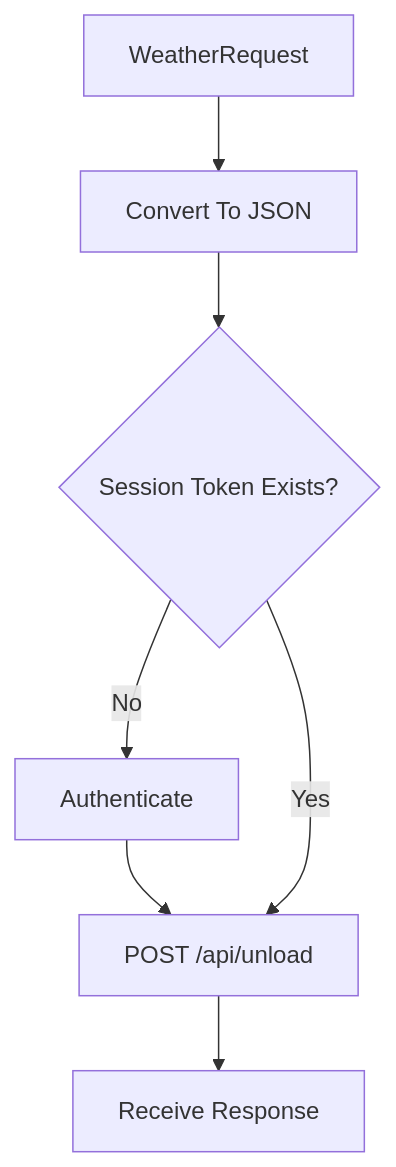
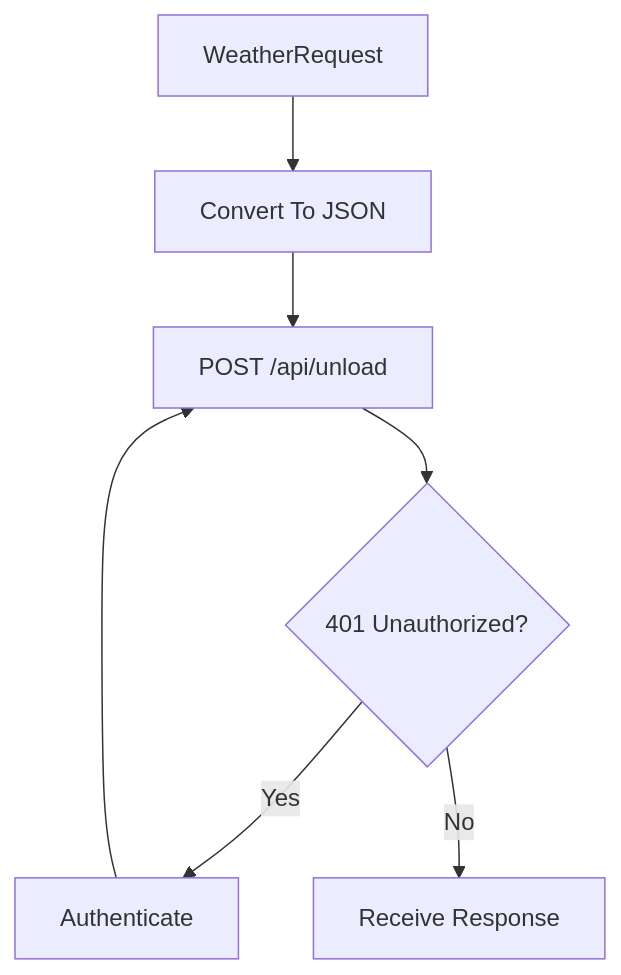
Before and after one commit to RichardSkeen/WeatherMule: the diagram in docs/technical/flow-upload-observation.md, drawn with Mermaid. The commit also changed other lines of this file and 8 other files, not shown here.

````diff
--- a/docs/technical/flow-upload-observation.md
+++ b/docs/technical/flow-upload-observation.md
@@ -88,25 +82,16 @@
 ```mermaid
 flowchart TD
-
     A[WeatherRequest]
-
     B[Convert To JSON]
-
-    C{Session Token Exists?}
-
-    D[Authenticate]
-
-    E[POST /api/unload]
-
+    C[POST /api/unload]
+    D{401 Unauthorized?}
+    E[Authenticate]
     F[Receive Response]
 
     A --> B
     B --> C
-
-    C -->|No| D
-    D --> E
-
-    C -->|Yes| E
-
-    E --> F
+    C --> D
+    D -->|Yes| E
+    E --> C
+    D -->|No| F
 ```
````
